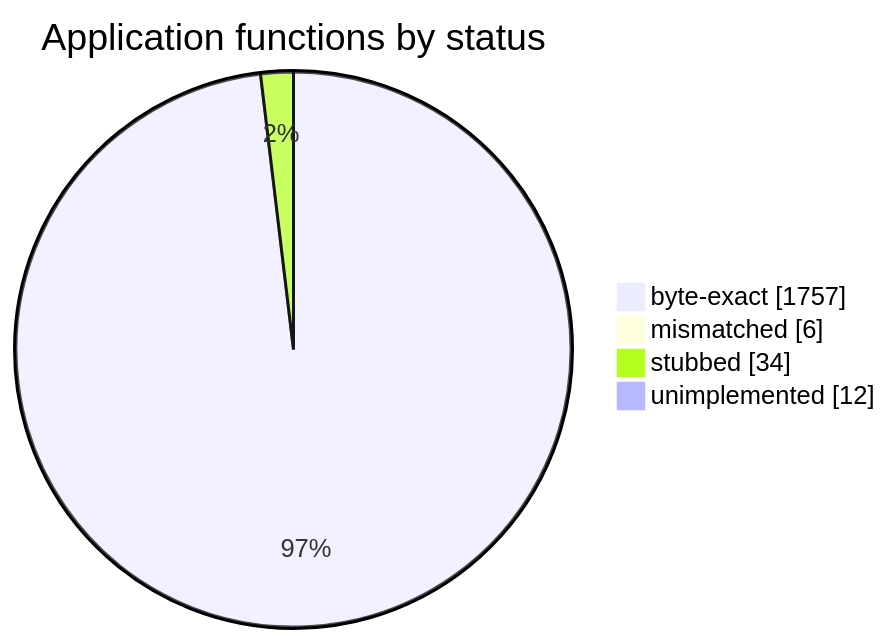
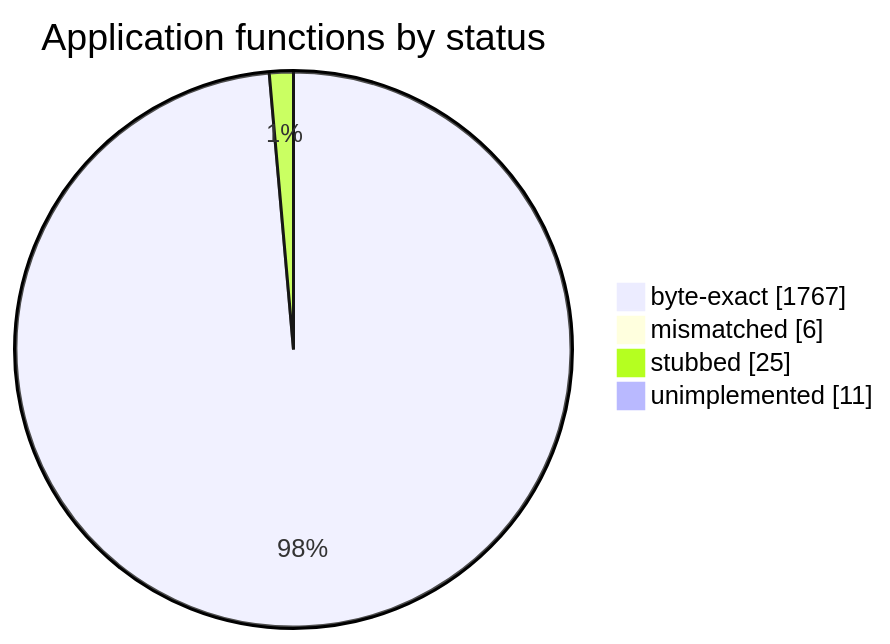
Before and after one commit to sorokya/eos: the diagram in README.md, drawn with Mermaid. The commit also changed other lines of this file and 3 other files, not shown here.

````diff
--- a/README.md
+++ b/README.md
@@ -154,8 +154,8 @@
 ```mermaid
 pie showData
     title Application functions by status
-    "byte-exact" : 1757
+    "byte-exact" : 1767
     "mismatched" : 6
-    "stubbed" : 34
-    "unimplemented" : 12
+    "stubbed" : 25
+    "unimplemented" : 11
 ```
````
